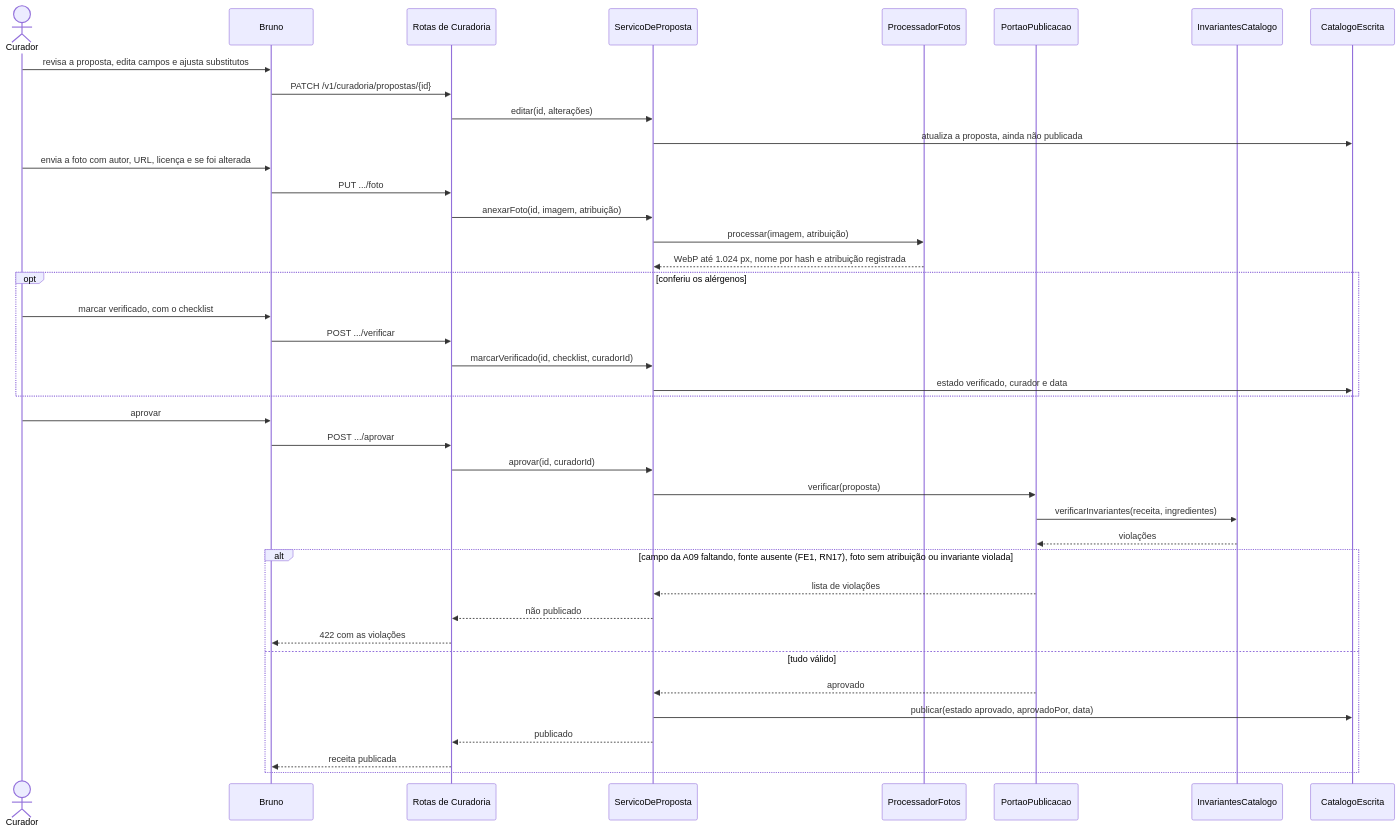
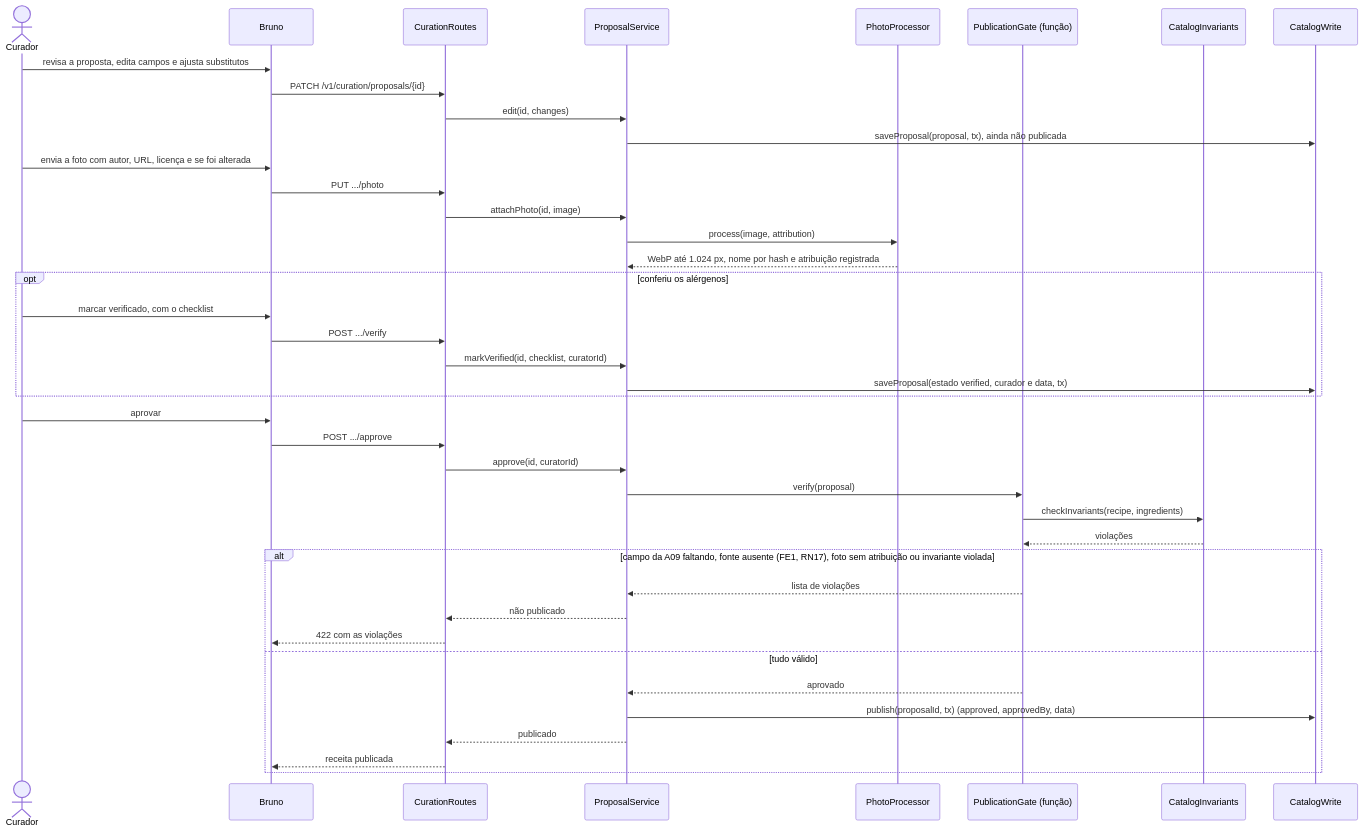
Before and after one commit to AnnyFilgueiras/projeto_tsi: the second of 2 diagrams in docs/fase2/2.6-diagramas_fluxos_contratos/sequencia-uc12.md, drawn with Mermaid. The commit also changed other lines of this file and 4 other files, not shown here.

Commit message:
docs: update class diagram and sequences to v1.1 (English identifiers, Tx)

````diff
--- a/docs/fase2/2.6-diagramas_fluxos_contratos/sequencia-uc12.md
+++ b/docs/fase2/2.6-diagramas_fluxos_contratos/sequencia-uc12.md
@@ -62,43 +64,43 @@
 ```mermaid
 sequenceDiagram
   actor C as Curador
   participant BR as Bruno
-  participant RC as Rotas de Curadoria
-  participant SP as ServicoDeProposta
-  participant PF as ProcessadorFotos
-  participant PG as PortaoPublicacao
-  participant IV as InvariantesCatalogo
-  participant CE as CatalogoEscrita
+  participant RC as CurationRoutes
+  participant SP as ProposalService
+  participant PF as PhotoProcessor
+  participant PG as PublicationGate (função)
+  participant IV as CatalogInvariants
+  participant CE as CatalogWrite
 
   C->>BR: revisa a proposta, edita campos e ajusta substitutos
-  BR->>RC: PATCH /v1/curadoria/propostas/{id}
-  RC->>SP: editar(id, alterações)
-  SP->>CE: atualiza a proposta, ainda não publicada
+  BR->>RC: PATCH /v1/curation/proposals/{id}
+  RC->>SP: edit(id, changes)
+  SP->>CE: saveProposal(proposal, tx), ainda não publicada
   C->>BR: envia a foto com autor, URL, licença e se foi alterada
-  BR->>RC: PUT .../foto
-  RC->>SP: anexarFoto(id, imagem, atribuição)
-  SP->>PF: processar(imagem, atribuição)
+  BR->>RC: PUT .../photo
+  RC->>SP: attachPhoto(id, image)
+  SP->>PF: process(image, attribution)
   PF-->>SP: WebP até 1.024 px, nome por hash e atribuição registrada
   opt conferiu os alérgenos
     C->>BR: marcar verificado, com o checklist
-    BR->>RC: POST .../verificar
-    RC->>SP: marcarVerificado(id, checklist, curadorId)
-    SP->>CE: estado verificado, curador e data
+    BR->>RC: POST .../verify
+    RC->>SP: markVerified(id, checklist, curatorId)
+    SP->>CE: saveProposal(estado verified, curador e data, tx)
   end
   C->>BR: aprovar
-  BR->>RC: POST .../aprovar
-  RC->>SP: aprovar(id, curadorId)
-  SP->>PG: verificar(proposta)
-  PG->>IV: verificarInvariantes(receita, ingredientes)
+  BR->>RC: POST .../approve
+  RC->>SP: approve(id, curatorId)
+  SP->>PG: verify(proposal)
+  PG->>IV: checkInvariants(recipe, ingredients)
   IV-->>PG: violações
   alt campo da A09 faltando, fonte ausente (FE1, RN17), foto sem atribuição ou invariante violada
     PG-->>SP: lista de violações
     SP-->>RC: não publicado
     RC-->>BR: 422 com as violações
   else tudo válido
     PG-->>SP: aprovado
-    SP->>CE: publicar(estado aprovado, aprovadoPor, data)
+    SP->>CE: publish(proposalId, tx) (approved, approvedBy, data)
     SP-->>RC: publicado
     RC-->>BR: receita publicada
   end
 ```
````
